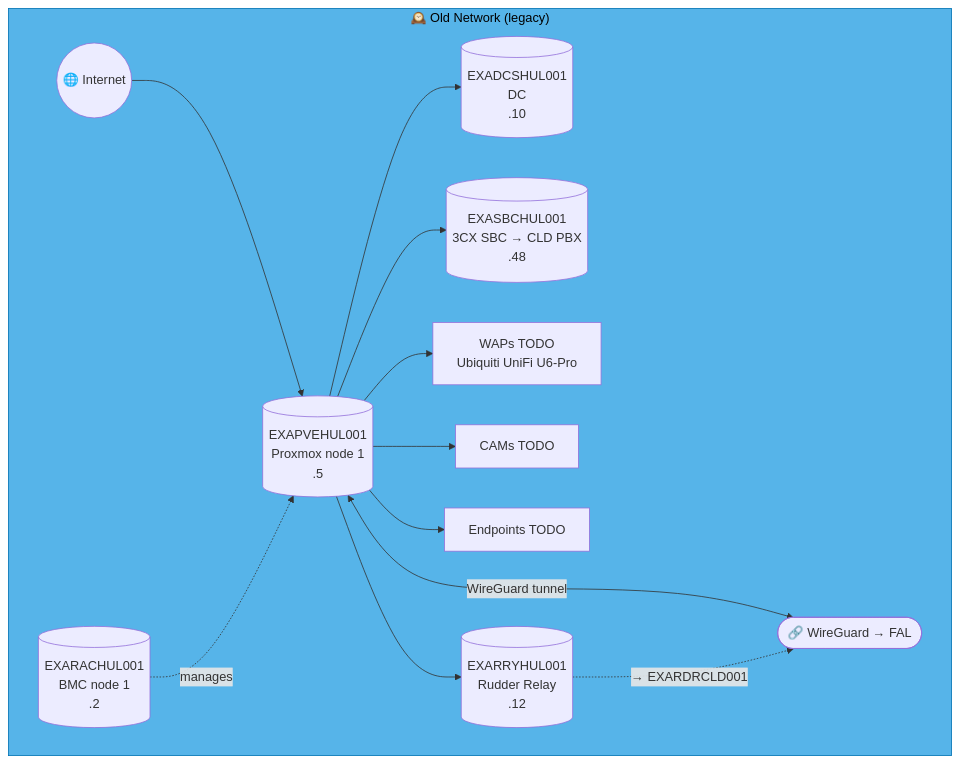
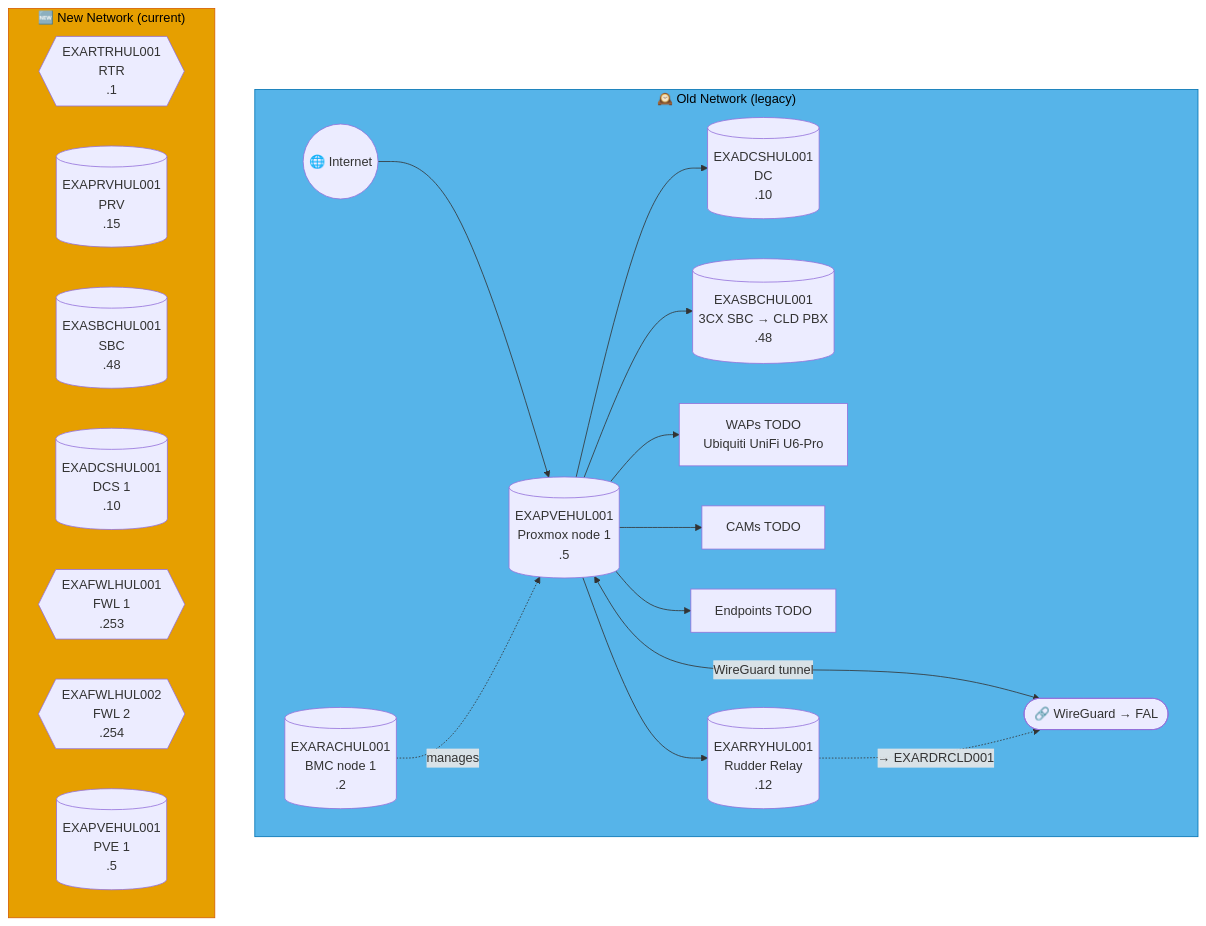
Diagram 16 of 51 in docs/network-diagram.md (knightmare2600/example_music_infra), drawn with Mermaid before and after one commit. The commit also changed other lines of this file and 1 other file, not shown here.

````diff
--- a/docs/network-diagram.md
+++ b/docs/network-diagram.md
@@ -790,24 +1095,36 @@
 ```mermaid
 graph TD
     subgraph OLD_HUL ["🕰️ Old Network (legacy)"]
       INET(("🌐 Internet"))
       RAC[("EXARACHUL001<br/>BMC node 1<br/>.2")]
       PVE[("EXAPVEHUL001<br/>Proxmox node 1<br/>.5")]
       DC[("EXADCSHUL001<br/>DC<br/>.10")]
       SBC[("EXASBCHUL001<br/>3CX SBC → CLD PBX<br/>.48")]
       RRY[("EXARRYHUL001<br/>Rudder Relay<br/>.12")]
       WAP["WAPs TODO<br/>Ubiquiti UniFi U6-Pro"]
       CAM["CAMs TODO"]
       EP["Endpoints TODO"]
       VPN(["🔗 WireGuard → FAL"])
 
       INET --> PVE --> DC & SBC
       RAC -.->|"manages"| PVE
       PVE --> WAP & CAM & EP
       PVE <-->|"WireGuard tunnel"| VPN
 
       PVE --> RRY
       RRY -. "→ EXARDRCLD001" .-> VPN
     end
     style OLD_HUL fill:#56B4E9,stroke:#0072B2,color:#000000
+    %% GENERATED:NEW-NETWORK:HUL:START
+    subgraph NEW_HUL ["🆕 New Network (current)"]
+      N_RTR{{"EXARTRHUL001<br/>RTR<br/>.1"}}
+      N_PRV[("EXAPRVHUL001<br/>PRV<br/>.15")]
+      N_SBC[("EXASBCHUL001<br/>SBC<br/>.48")]
+      N_DCS[("EXADCSHUL001<br/>DCS 1<br/>.10")]
+      N_FWL{{"EXAFWLHUL001<br/>FWL 1<br/>.253"}}
+      N_FWL2{{"EXAFWLHUL002<br/>FWL 2<br/>.254"}}
+      N_PVE[("EXAPVEHUL001<br/>PVE 1<br/>.5")]
+    end
+    style NEW_HUL fill:#E69F00,stroke:#D55E00,color:#000000
+    %% GENERATED:NEW-NETWORK:HUL:END
 ```
````
